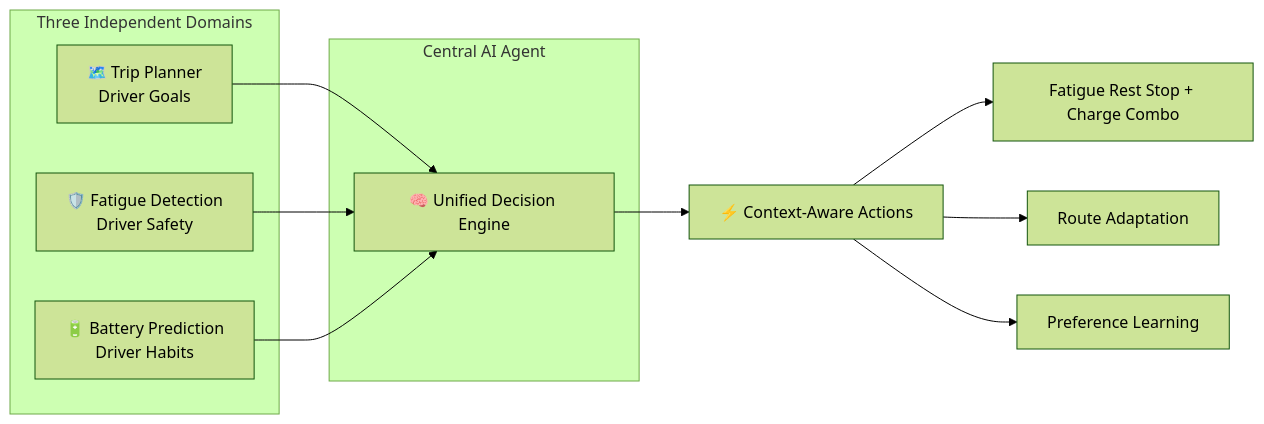
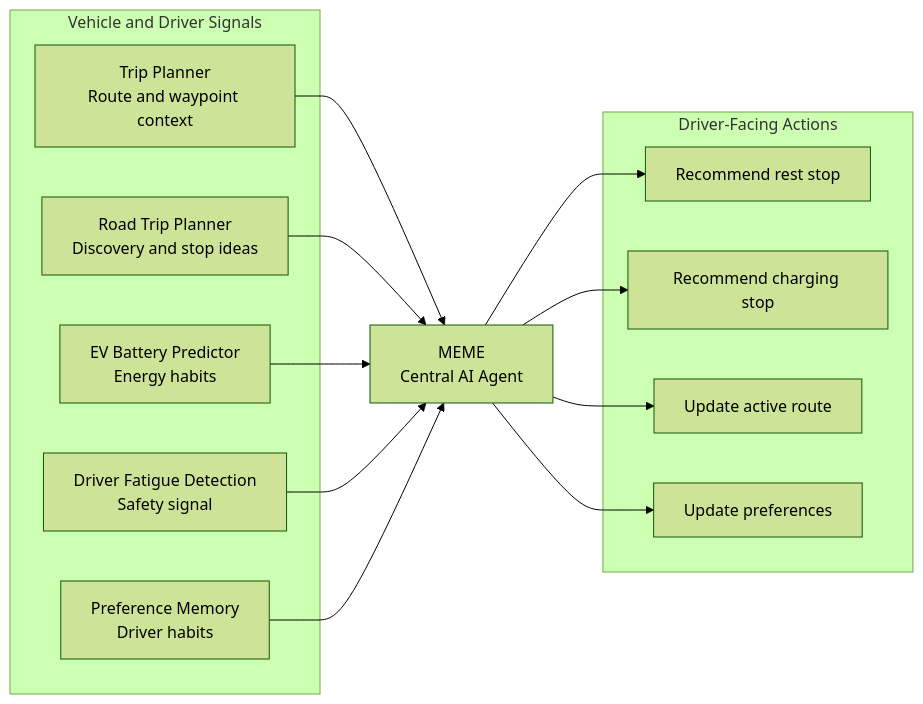
Before and after one commit to ethanlxz/mercedes-hackathon-2026: the first of 7 diagrams in README.md, drawn with Mermaid (forest theme). The commit also changed other lines of this file and 17 other files, not shown here.

````diff
--- a/README.md
+++ b/README.md
@@ -64,20 +107,29 @@
 ```mermaid
 graph LR
-    subgraph "Three Independent Domains"
-        A[🗺️ Trip Planner<br/>Driver Goals]
-        B[🛡️ Fatigue Detection<br/>Driver Safety]
-        C[🔋 Battery Prediction<br/>Driver Habits]
+    subgraph Inputs["Vehicle and Driver Signals"]
+        Trip["Trip Planner<br/>Route and waypoint context"]
+        RoadTrip["Road Trip Planner<br/>Discovery and stop ideas"]
+        Battery["EV Battery Predictor<br/>Energy habits"]
+        Fatigue["Driver Fatigue Detection<br/>Safety signal"]
+        Memory["Preference Memory<br/>Driver habits"]
     end
 
-    subgraph "Central AI Agent"
-        D[🧠 Unified Decision Engine]
+    Agent["MEME<br/>Central AI Agent"]
+
+    subgraph Actions["Driver-Facing Actions"]
+        Rest["Recommend rest stop"]
+        Charge["Recommend charging stop"]
+        Route["Update active route"]
+        Learn["Update preferences"]
     end
 
-    A --> D
-    B --> D
-    C --> D
-    D --> E[⚡ Context-Aware Actions]
-    E --> F[Fatigue Rest Stop + Charge Combo]
-    E --> G[Route Adaptation]
-    E --> H[Preference Learning]
+    Trip --> Agent
+    RoadTrip --> Agent
+    Battery --> Agent
+    Fatigue --> Agent
+    Memory --> Agent
+    Agent --> Rest
+    Agent --> Charge
+    Agent --> Route
+    Agent --> Learn
 ```
````
